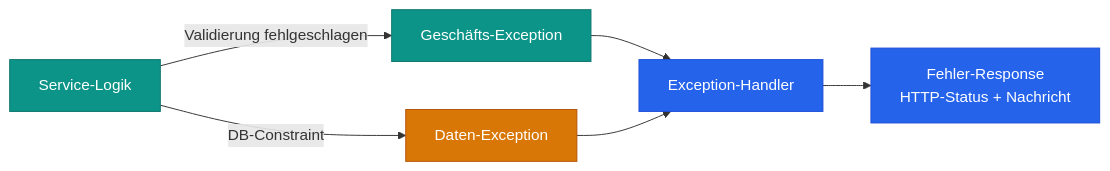
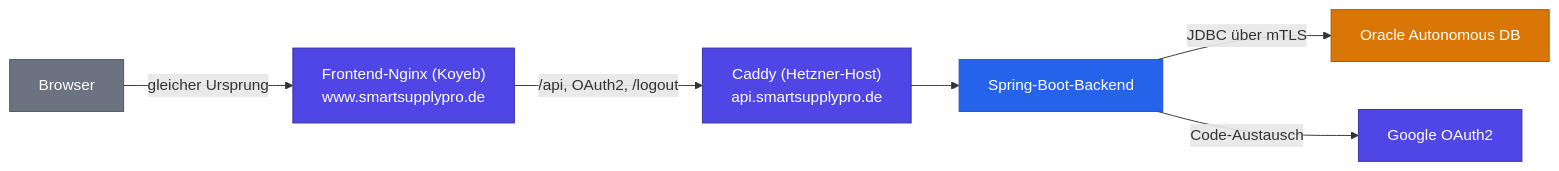
Before and after one commit to Keglev/inventory-service: the diagram in docs/backend/architecture/overview-de.md, drawn with Mermaid. The commit also changed other lines of this file and 1 other file, not shown here.

First line of the commit message:
docs(backend): rewrite both overview pages as a summary of the arc42 pages (#542)

````diff
--- a/docs/backend/architecture/overview-de.md
+++ b/docs/backend/architecture/overview-de.md
@@ -144,18 +23,20 @@
 ```mermaid
 flowchart LR
-  Service["Service-Logik"]:::service
-  BusinessEx["Geschäfts-Exception"]:::service
-  DataEx["Daten-Exception"]:::repository
-  Handler["Exception-Handler"]:::controller
-  Response["Fehler-Response\nHTTP-Status + Nachricht"]:::controller
+  Browser["Browser"]:::actor
+  Nginx["Frontend-Nginx (Koyeb)\nwww.smartsupplypro.de"]:::external
+  Caddy["Caddy (Hetzner-Host)\napi.smartsupplypro.de"]:::external
+  App["Spring-Boot-Backend"]:::controller
+  Oracle["Oracle Autonomous DB"]:::repository
+  Google["Google OAuth2"]:::external
 
-  Service -->|Validierung fehlgeschlagen| BusinessEx
-  Service -->|DB-Constraint| DataEx
-  BusinessEx --> Handler
-  DataEx --> Handler
-  Handler --> Response
+  Browser -->|gleicher Ursprung| Nginx
+  Nginx -->|/api, OAuth2, /logout| Caddy
+  Caddy --> App
+  App -->|JDBC über mTLS| Oracle
+  App -->|Code-Austausch| Google
 
+  classDef actor      fill:#6b7280,color:#fff,stroke:#4b5563;
   classDef controller fill:#2563eb,color:#fff,stroke:#1d4ed8;
-  classDef service    fill:#0d9488,color:#fff,stroke:#0f766e;
   classDef repository fill:#d97706,color:#fff,stroke:#b45309;
+  classDef external   fill:#4f46e5,color:#fff,stroke:#3730a3;
 ```
````
